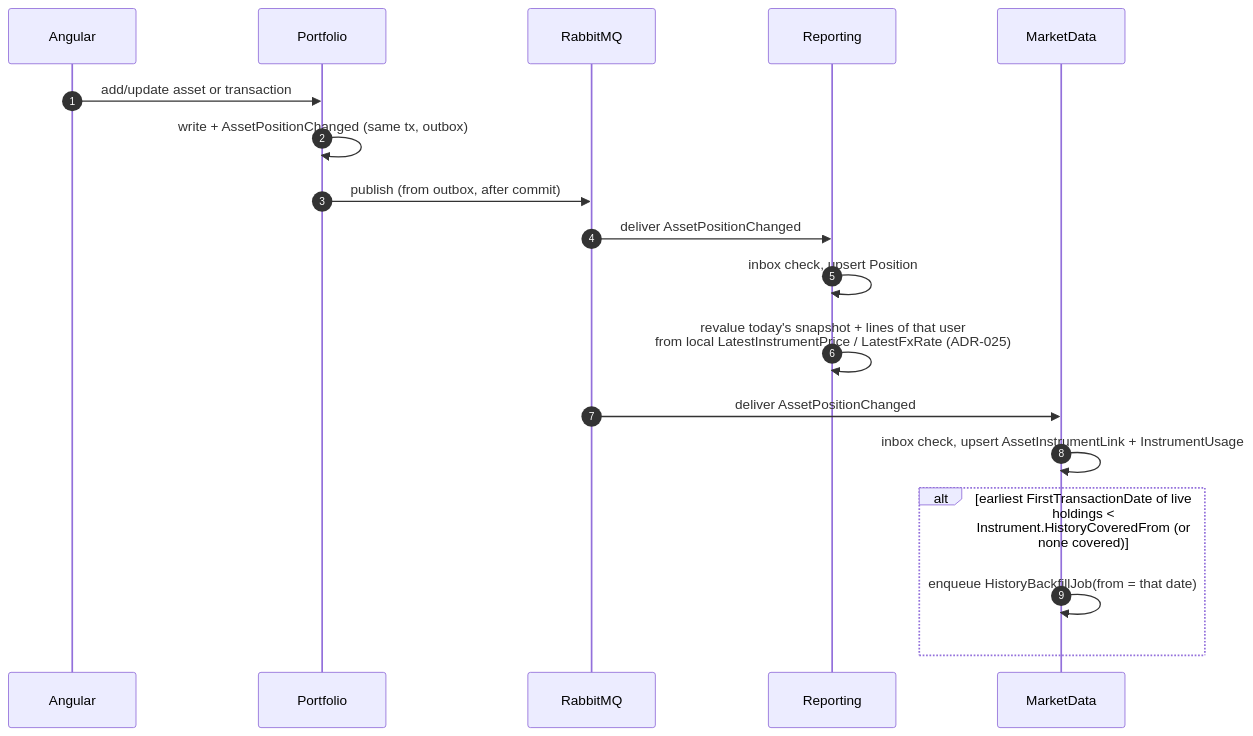
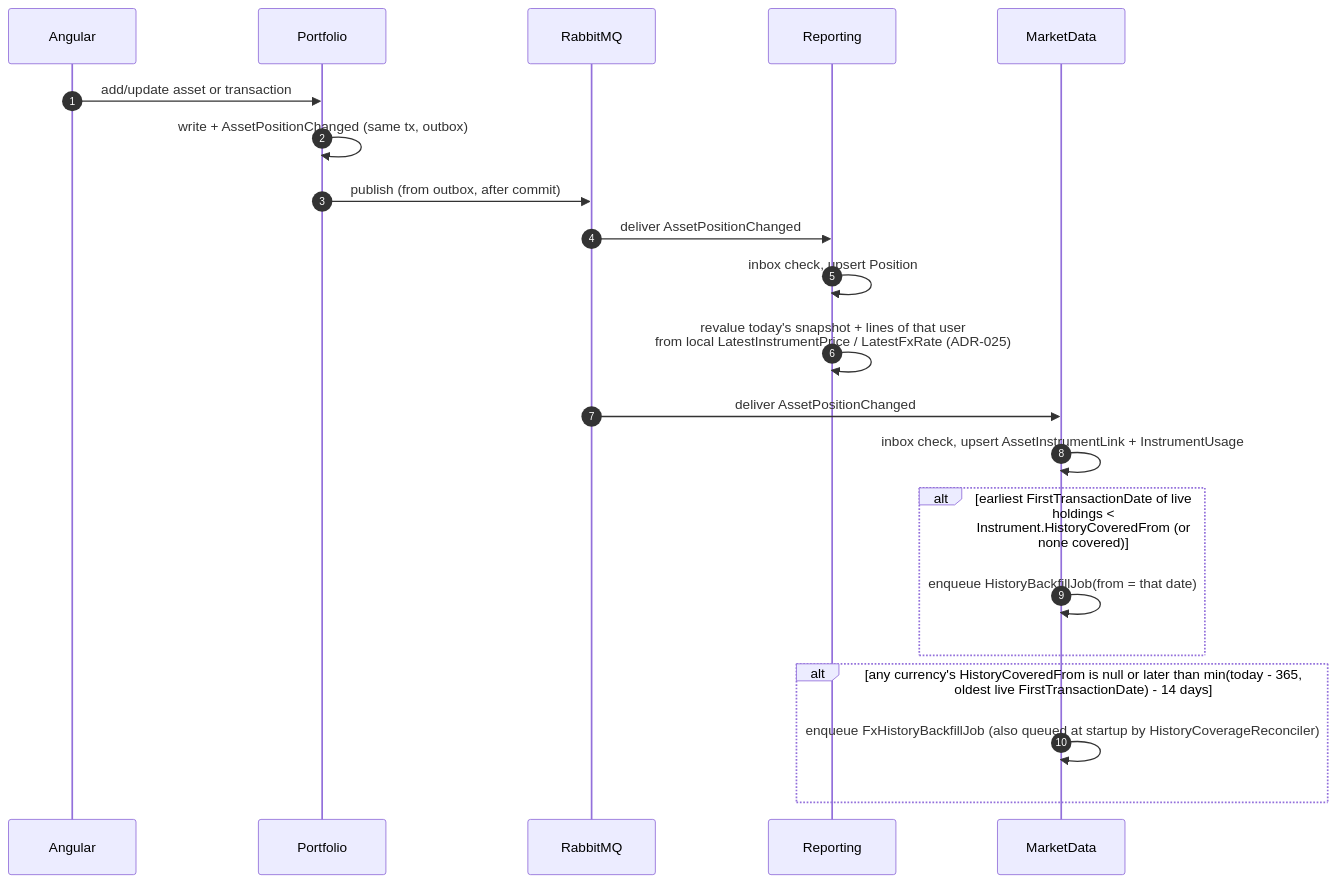
One commit to Maliniak93/FinMel changed the third of 7 diagrams in skarbiec-plan/architecture.md. Above: the diagram before and after it, drawn with Mermaid. The commit also changed other lines of this file and 36 other files, not shown here.

````diff
--- a/skarbiec-plan/architecture.md
+++ b/skarbiec-plan/architecture.md
@@ -111,21 +112,24 @@
 ```mermaid
 sequenceDiagram
     autonumber
     participant U as Angular
     participant PF as Portfolio
     participant MQ as RabbitMQ
     participant RP as Reporting
     participant MD as MarketData
 
     U->>PF: add/update asset or transaction
     PF->>PF: write + AssetPositionChanged (same tx, outbox)
     PF->>MQ: publish (from outbox, after commit)
     MQ->>RP: deliver AssetPositionChanged
     RP->>RP: inbox check, upsert Position
     RP->>RP: revalue today's snapshot + lines of that user<br/>from local LatestInstrumentPrice / LatestFxRate (ADR-025)
     MQ->>MD: deliver AssetPositionChanged
     MD->>MD: inbox check, upsert AssetInstrumentLink + InstrumentUsage
     alt earliest FirstTransactionDate of live holdings < Instrument.HistoryCoveredFrom (or none covered)
         MD->>MD: enqueue HistoryBackfillJob(from = that date)
     end
+    alt any currency's HistoryCoveredFrom is null or later than min(today - 365, oldest live FirstTransactionDate) - 14 days
+        MD->>MD: enqueue FxHistoryBackfillJob (also queued at startup by HistoryCoverageReconciler)
+    end
 ```
````
